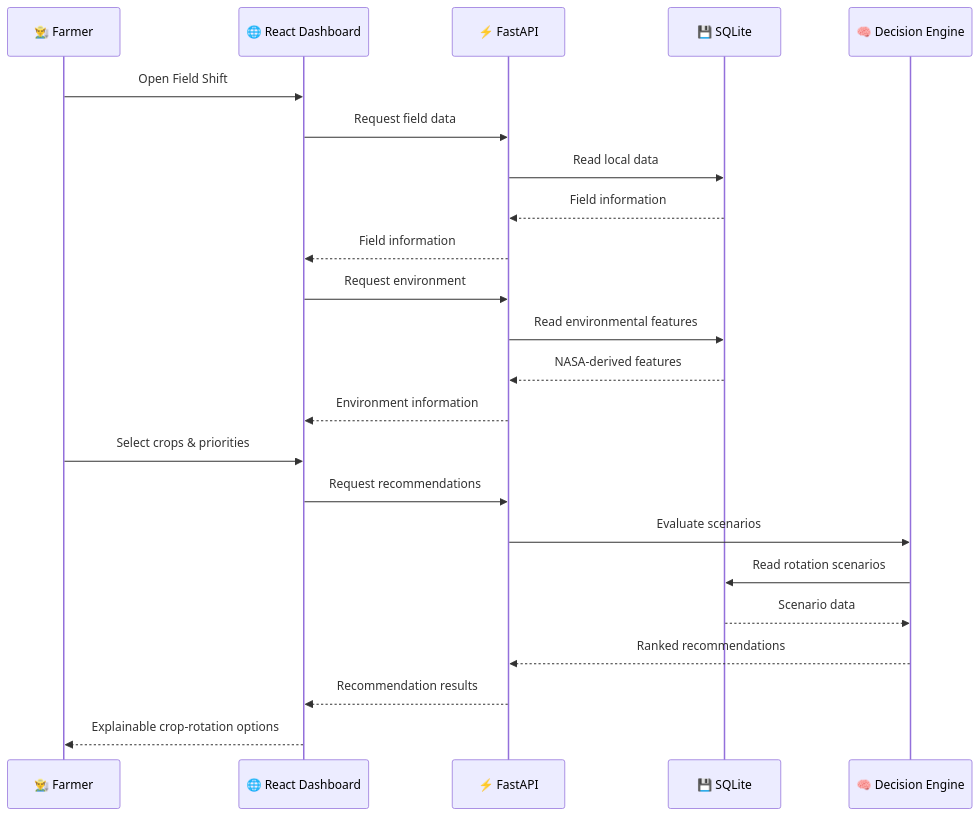
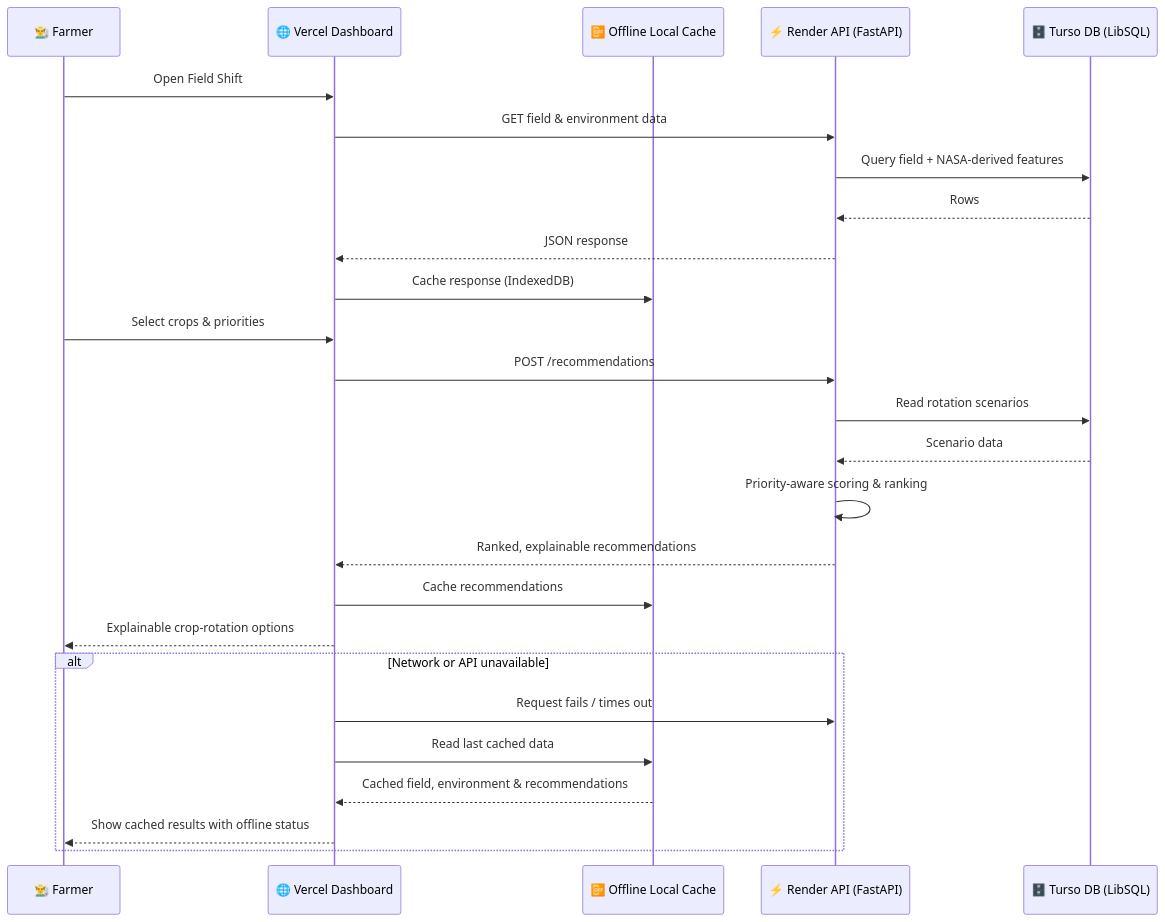
Before and after one commit to Zishan-125/field-shift: the fourth of 5 diagrams in README.md, drawn with Mermaid. The commit also changed other lines of this file, not shown here.

````diff
--- a/README.md
+++ b/README.md
@@ -836,30 +856,32 @@
 ```mermaid
 sequenceDiagram
 
     participant F as 👨‍🌾 Farmer
-    participant W as 🌐 React Dashboard
-    participant A as ⚡ FastAPI
-    participant D as 💾 SQLite
-    participant E as 🧠 Decision Engine
+    participant W as 🌐 Vercel Dashboard
+    participant C as 📴 Offline Local Cache
+    participant A as ⚡ Render API (FastAPI)
+    participant D as 🗄️ Turso DB (LibSQL)
 
     F->>W: Open Field Shift
-    W->>A: Request field data
-    A->>D: Read local data
-    D-->>A: Field information
-    A-->>W: Field information
-
-    W->>A: Request environment
-    A->>D: Read environmental features
-    D-->>A: NASA-derived features
-    A-->>W: Environment information
+    W->>A: GET field & environment data
+    A->>D: Query field + NASA-derived features
+    D-->>A: Rows
+    A-->>W: JSON response
+    W->>C: Cache response (IndexedDB)
 
     F->>W: Select crops & priorities
-    W->>A: Request recommendations
-    A->>E: Evaluate scenarios
-    E->>D: Read rotation scenarios
-    D-->>E: Scenario data
-    E-->>A: Ranked recommendations
-    A-->>W: Recommendation results
+    W->>A: POST /recommendations
+    A->>D: Read rotation scenarios
+    D-->>A: Scenario data
+    A->>A: Priority-aware scoring & ranking
+    A-->>W: Ranked, explainable recommendations
+    W->>C: Cache recommendations
+    W-->>F: Explainable crop-rotation options
 
-    W-->>F: Explainable crop-rotation options
+    alt Network or API unavailable
+        W->>A: Request fails / times out
+        W->>C: Read last cached data
+        C-->>W: Cached field, environment & recommendations
+        W-->>F: Show cached results with offline status
+    end
 ```
````
